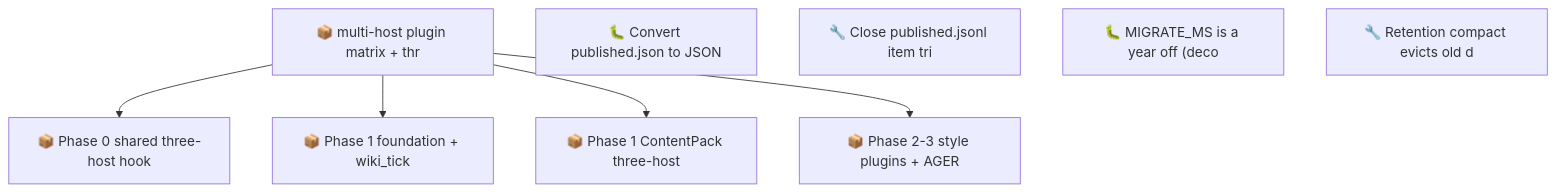
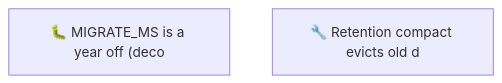
One commit to SpillwaveSolutions/wiki_ticket_sdd changed the second of 2 diagrams in docs/roadmap.md. Above: the diagram before and after it, drawn with Mermaid. The commit also changed other lines of this file and 13 other files, not shown here.

First line of the commit message:
ops: close published.jsonl leftover; cancel five stale in_progress (01M19XRRTTWDBN0SRGDZ1VN35G)

````diff
--- a/docs/roadmap.md
+++ b/docs/roadmap.md
@@ -91,16 +62,5 @@
 ```mermaid
 graph TD
-    01M0KCDKJRAZYMWDD9PFGHC6XY["📦 multi-host plugin matrix + thr"]
-    01M0KCDV5GP8BMZT142MMAPAG7["📦 Phase 0 shared three-host hook"]
-    01M0KCDV7AQEQ61TA2MYN3M5C3["📦 Phase 1 foundation + wiki_tick"]
-    01M0KCDV94P4YPBXJXQZNNGQTM["📦 Phase 1 ContentPack three-host"]
-    01M0KCDVAYS67SPN8FHAYY4DWX["📦 Phase 2-3 style plugins + AGER"]
-    01M18QBM233GRTVR7JRXSVNK66["🐛 Convert published.json to JSON"]
-    01M19XRRTTWDBN0SRGDZ1VN35G["🔧 Close published.jsonl item tri"]
     01M19XRRWXHM72JBY29FQRRMEJ["🐛 MIGRATE_MS is a year off (deco"]
     01M19XRRZ2894K7XE59RX1EAY1["🔧 Retention compact evicts old d"]
-    01M0KCDKJRAZYMWDD9PFGHC6XY --> 01M0KCDV5GP8BMZT142MMAPAG7
-    01M0KCDKJRAZYMWDD9PFGHC6XY --> 01M0KCDV7AQEQ61TA2MYN3M5C3
-    01M0KCDKJRAZYMWDD9PFGHC6XY --> 01M0KCDV94P4YPBXJXQZNNGQTM
-    01M0KCDKJRAZYMWDD9PFGHC6XY --> 01M0KCDVAYS67SPN8FHAYY4DWX
 ```
````
